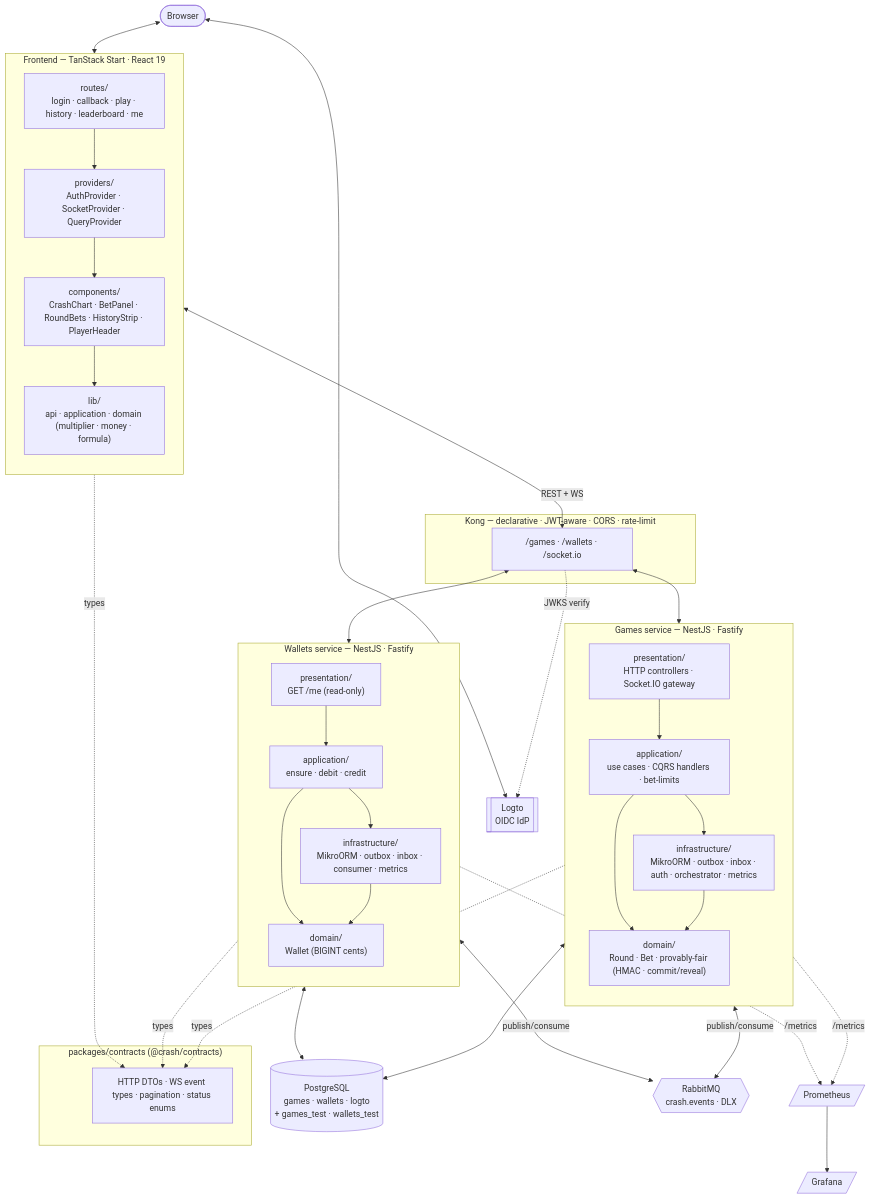
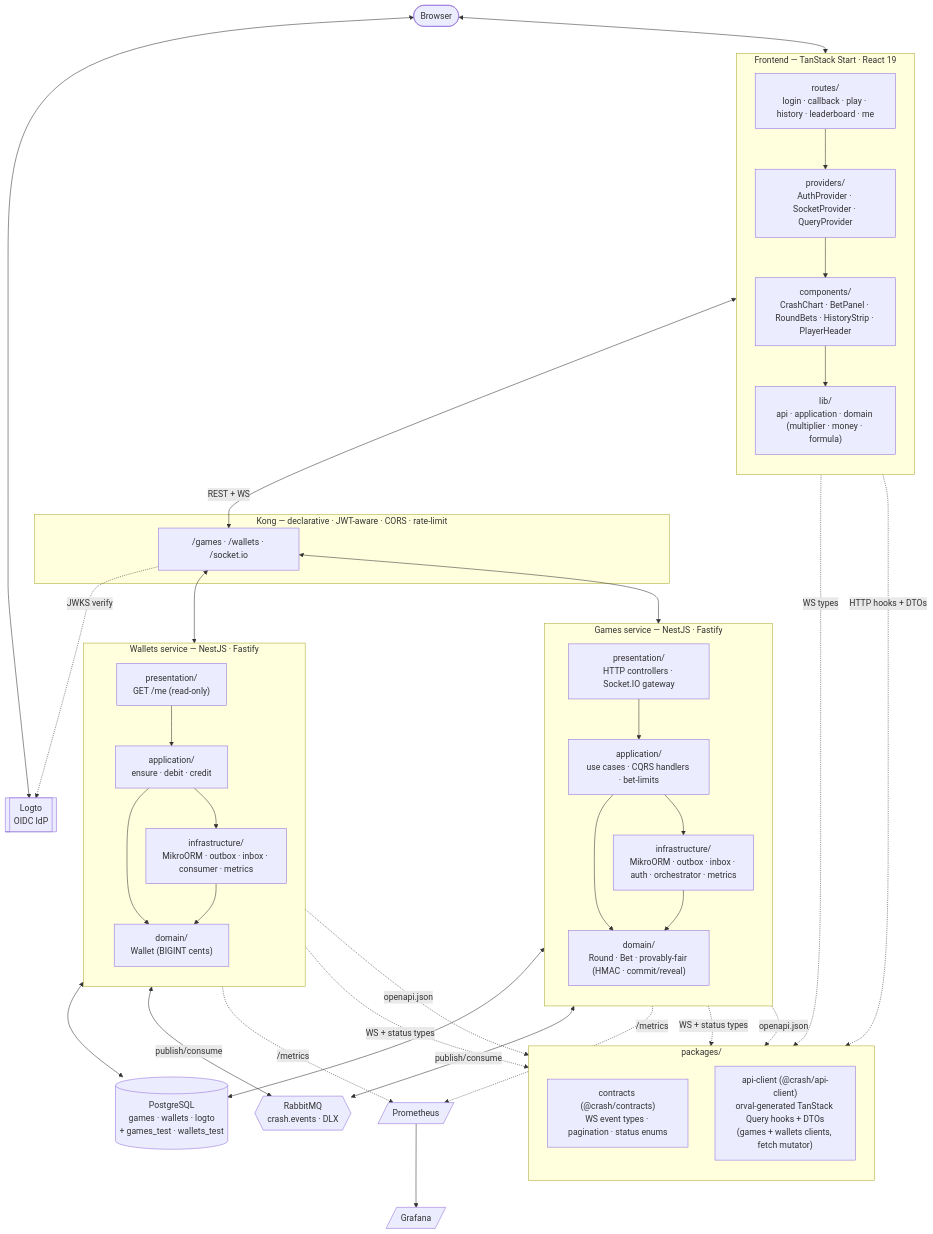
One commit to micaelcf/crash-game-cassino changed the first of 2 diagrams in README.md. Above: the diagram before and after it, drawn with Mermaid. The commit also changed other lines of this file, not shown here.

First line of the commit message:
:memo: docs(readme): document orval-generated API client + codegen flow

````diff
--- a/README.md
+++ b/README.md
@@ -206,69 +209,74 @@
 ```mermaid
 flowchart TB
   Browser(["Browser"])
 
   subgraph FE["Frontend — TanStack Start · React 19"]
     direction TB
     FE_Routes["routes/<br/>login · callback · play · history · leaderboard · me"]
     FE_Providers["providers/<br/>AuthProvider · SocketProvider · QueryProvider"]
     FE_Components["components/<br/>CrashChart · BetPanel · RoundBets · HistoryStrip · PlayerHeader"]
     FE_Lib["lib/<br/>api · application · domain (multiplier · money · formula)"]
     FE_Routes --> FE_Providers --> FE_Components --> FE_Lib
   end
 
   subgraph Kong["Kong — declarative · JWT-aware · CORS · rate-limit"]
     KGW["/games · /wallets · /socket.io"]
   end
 
   subgraph Games["Games service — NestJS · Fastify"]
     direction TB
     G_Pres["presentation/<br/>HTTP controllers · Socket.IO gateway"]
     G_App["application/<br/>use cases · CQRS handlers · bet-limits"]
     G_Domain["domain/<br/>Round · Bet · provably-fair (HMAC · commit/reveal)"]
     G_Infra["infrastructure/<br/>MikroORM · outbox · inbox · auth · orchestrator · metrics"]
     G_Pres --> G_App --> G_Domain
     G_App --> G_Infra
     G_Infra --> G_Domain
   end
 
   subgraph Wallets["Wallets service — NestJS · Fastify"]
     direction TB
     W_Pres["presentation/<br/>GET /me (read-only)"]
     W_App["application/<br/>ensure · debit · credit"]
     W_Domain["domain/<br/>Wallet (BIGINT cents)"]
     W_Infra["infrastructure/<br/>MikroORM · outbox · inbox · consumer · metrics"]
     W_Pres --> W_App --> W_Domain
     W_App --> W_Infra
     W_Infra --> W_Domain
   end
 
-  subgraph Shared["packages/contracts (@crash/contracts)"]
-    SH["HTTP DTOs · WS event types · pagination · status enums"]
+  subgraph Shared["packages/"]
+    direction TB
+    SH_Contracts["contracts (@crash/contracts)<br/>WS event types · pagination · status enums"]
+    SH_ApiClient["api-client (@crash/api-client)<br/>orval-generated TanStack Query hooks + DTOs<br/>(games + wallets clients, fetch mutator)"]
   end
 
   PG[("PostgreSQL<br/>games · wallets · logto<br/>+ games_test · wallets_test")]
   RMQ{{"RabbitMQ<br/>crash.events · DLX"}}
   Logto[["Logto<br/>OIDC IdP"]]
   Prom[/"Prometheus"/]
   Graf[/"Grafana"/]
 
   Browser <--> FE
   Browser <--> Logto
   FE <-- "REST + WS" --> KGW
   KGW -. "JWKS verify" .-> Logto
   KGW <--> G_Pres
   KGW <--> W_Pres
 
   G_Infra <--> PG
   W_Infra <--> PG
   G_Infra <-- "publish/consume" --> RMQ
   W_Infra <-- "publish/consume" --> RMQ
 
   G_Infra -. "/metrics" .-> Prom
   W_Infra -. "/metrics" .-> Prom
   Prom --> Graf
 
-  FE -. "types" .-> SH
-  G_App -. "types" .-> SH
-  W_App -. "types" .-> SH
+  FE -. "WS types" .-> SH_Contracts
+  FE -. "HTTP hooks + DTOs" .-> SH_ApiClient
+  G_App -. "WS + status types" .-> SH_Contracts
+  W_App -. "WS + status types" .-> SH_Contracts
+  G_Pres -. "openapi.json" .-> SH_ApiClient
+  W_Pres -. "openapi.json" .-> SH_ApiClient
 ```
````
